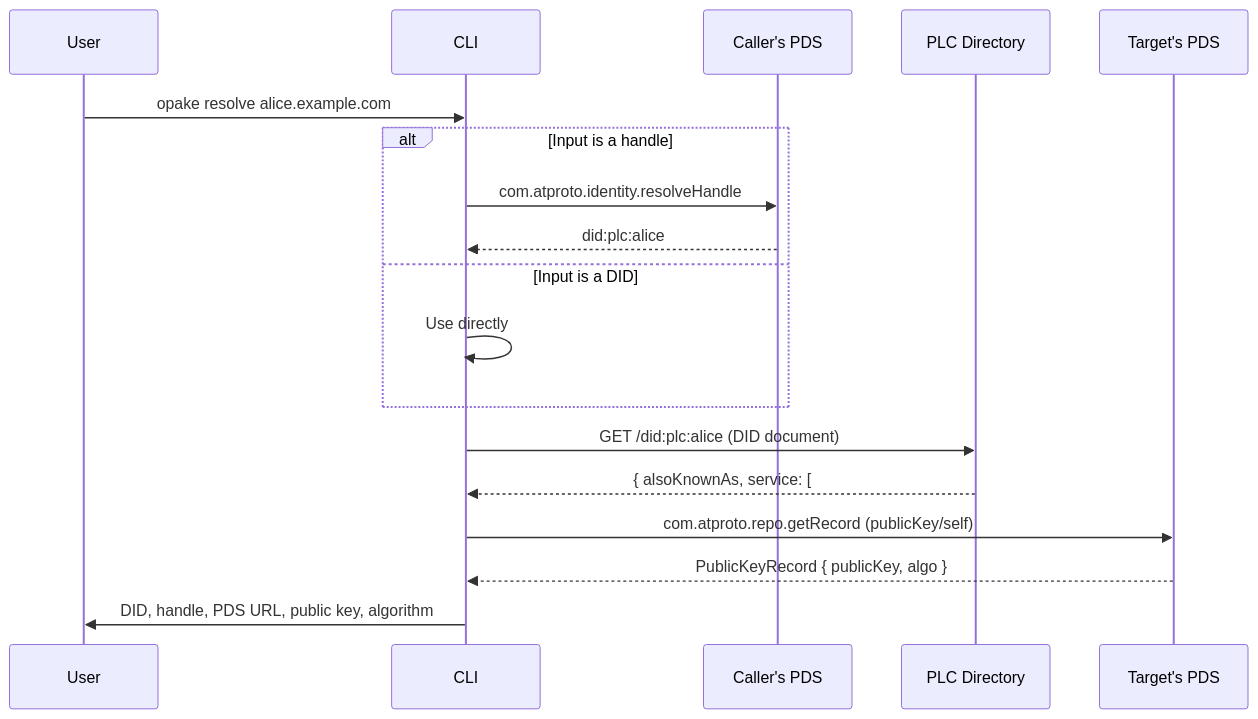
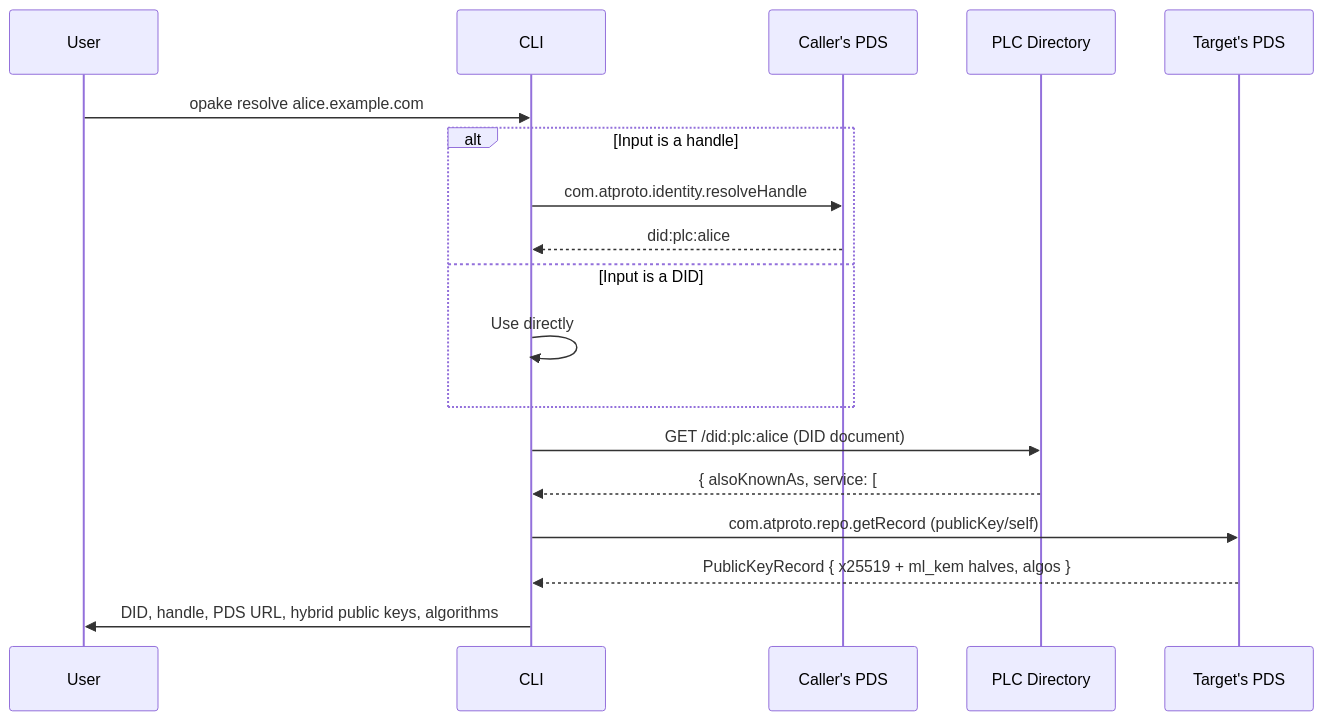
The first of 4 diagrams in docs/flows/sharing.md (Sans-Self/Opake), drawn with Mermaid before and after one commit. The commit also changed other lines of this file and 35 other files, not shown here.

````diff
--- a/docs/flows/sharing.md
+++ b/docs/flows/sharing.md
@@ -7,25 +7,25 @@
 ```mermaid
 sequenceDiagram
     participant User
     participant CLI
     participant CallerPDS as Caller's PDS
     participant PLC as PLC Directory
     participant TargetPDS as Target's PDS
 
     User->>CLI: opake resolve alice.example.com
 
     alt Input is a handle
         CLI->>CallerPDS: com.atproto.identity.resolveHandle
         CallerPDS-->>CLI: did:plc:alice
     else Input is a DID
         CLI->>CLI: Use directly
     end
 
     CLI->>PLC: GET /did:plc:alice (DID document)
     PLC-->>CLI: { alsoKnownAs, service: [#atproto_pds → pds-url] }
 
     CLI->>TargetPDS: com.atproto.repo.getRecord (publicKey/self)
-    TargetPDS-->>CLI: PublicKeyRecord { publicKey, algo }
+    TargetPDS-->>CLI: PublicKeyRecord { x25519 + ml_kem halves, algos }
 
-    CLI->>User: DID, handle, PDS URL, public key, algorithm
+    CLI->>User: DID, handle, PDS URL, hybrid public keys, algorithms
 ```
````
